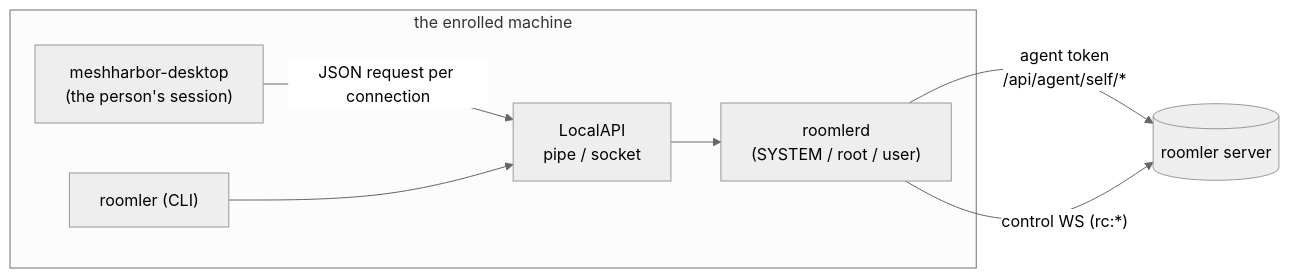
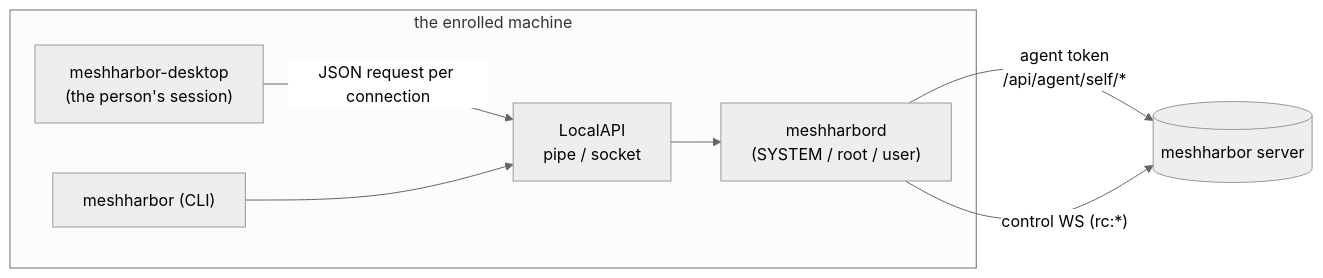
One commit to jk-zhang-meta/MeshHarbor changed the first of 12 diagrams in docs/desktop-companion.md. Above: the diagram before and after it, drawn with Mermaid (neutral theme). The commit also changed other lines of this file and 682 other files, not shown here.

````diff
--- a/docs/desktop-companion.md
+++ b/docs/desktop-companion.md
@@ -26,14 +26,14 @@
 ```mermaid
 flowchart LR
     subgraph host["the enrolled machine"]
         D["meshharbor-desktop<br/>(the person's session)"]
-        CLI["roomler (CLI)"]
+        CLI["meshharbor (CLI)"]
         API["LocalAPI<br/>pipe / socket"]
-        R["roomlerd<br/>(SYSTEM / root / user)"]
+        R["meshharbord<br/>(SYSTEM / root / user)"]
         D -- "JSON request per connection" --> API
         CLI --> API
         API --> R
     end
-    R -- "agent token<br/>/api/agent/self/*" --> S[("roomler server")]
+    R -- "agent token<br/>/api/agent/self/*" --> S[("meshharbor server")]
     R -- "control WS (rc:*)" --> S
 ```
````
